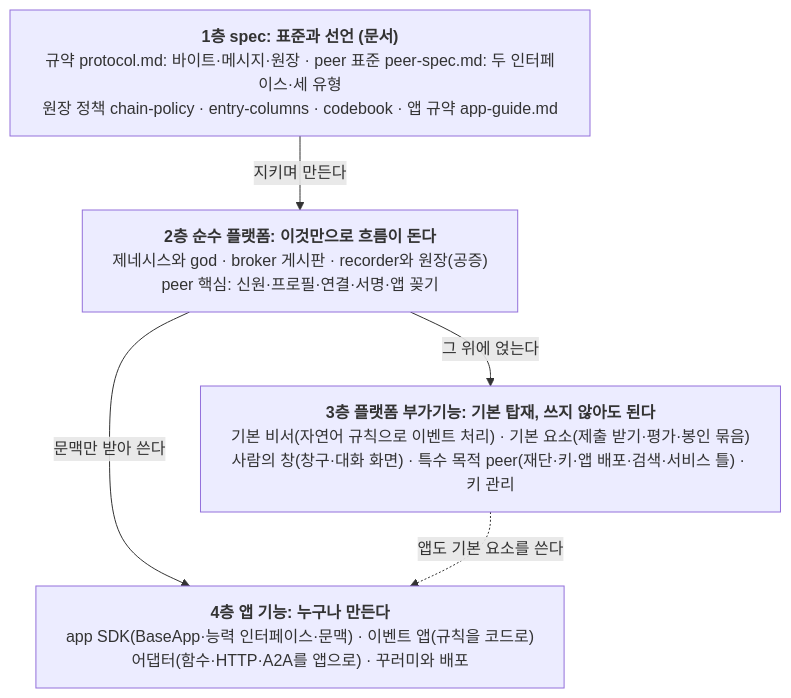
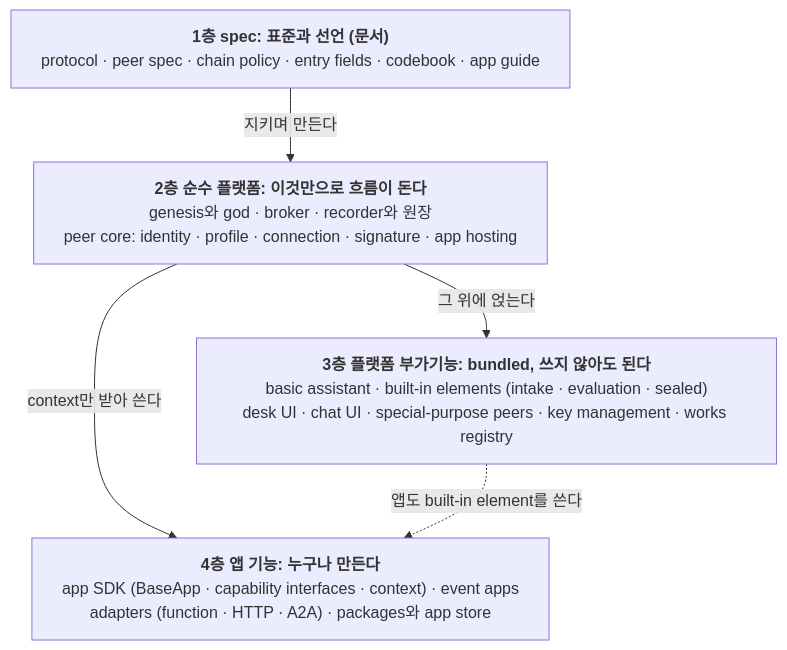
The first of 31 diagrams in docs/education.md (tanminkwan/share-ur-tokens), drawn with Mermaid before and after one commit. The commit also changed other lines of this file and 27 other files, not shown here.

````diff
--- a/docs/education.md
+++ b/docs/education.md
@@ -7,12 +7,12 @@
 ```mermaid
 %%{init: {"flowchart": {"wrappingWidth": 520}}}%%
 flowchart TB
-    L1["<b>1층 spec: 표준과 선언 (문서)</b><br/>규약 protocol.md: 바이트·메시지·원장 · peer 표준 peer-spec.md: 두 인터페이스·세 유형<br/>원장 정책 chain-policy · entry-columns · codebook · 앱 규약 app-guide.md"]
-    L2["<b>2층 순수 플랫폼: 이것만으로 흐름이 돈다</b><br/>제네시스와 god · broker 게시판 · recorder와 원장(공증)<br/>peer 핵심: 신원·프로필·연결·서명·앱 꽂기"]
-    L3["<b>3층 플랫폼 부가기능: 기본 탑재, 쓰지 않아도 된다</b><br/>기본 비서(자연어 규칙으로 이벤트 처리) · 기본 요소(제출 받기·평가·봉인 묶음)<br/>사람의 창(창구·대화 화면) · 특수 목적 peer(재단·키·앱 배포·검색·서비스 틀) · 키 관리"]
-    L4["<b>4층 앱 기능: 누구나 만든다</b><br/>app SDK(BaseApp·능력 인터페이스·문맥) · 이벤트 앱(규칙을 코드로)<br/>어댑터(함수·HTTP·A2A를 앱으로) · 꾸러미와 배포"]
+    L1["<b>1층 spec: 표준과 선언 (문서)</b><br/>protocol · peer spec · chain policy · entry fields · codebook · app guide"]
+    L2["<b>2층 순수 플랫폼: 이것만으로 흐름이 돈다</b><br/>genesis와 god · broker · recorder와 원장<br/>peer core: identity · profile · connection · signature · app hosting"]
+    L3["<b>3층 플랫폼 부가기능: bundled, 쓰지 않아도 된다</b><br/>basic assistant · built-in elements (intake · evaluation · sealed)<br/>desk UI · chat UI · special-purpose peers · key management · works registry"]
+    L4["<b>4층 앱 기능: 누구나 만든다</b><br/>app SDK (BaseApp · capability interfaces · context) · event apps<br/>adapters (function · HTTP · A2A) · packages와 app store"]
     L1 -->|"지키며 만든다"| L2
     L2 -->|"그 위에 얹는다"| L3
-    L2 -->|"문맥만 받아 쓴다"| L4
-    L3 -. "앱도 기본 요소를 쓴다" .-> L4
+    L2 -->|"context만 받아 쓴다"| L4
+    L3 -. "앱도 built-in element를 쓴다" .-> L4
 ```
````
